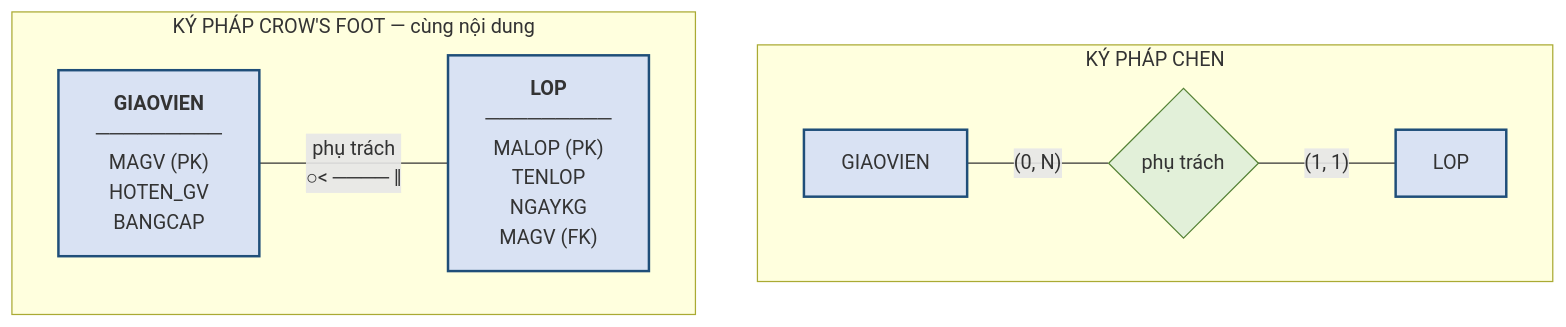
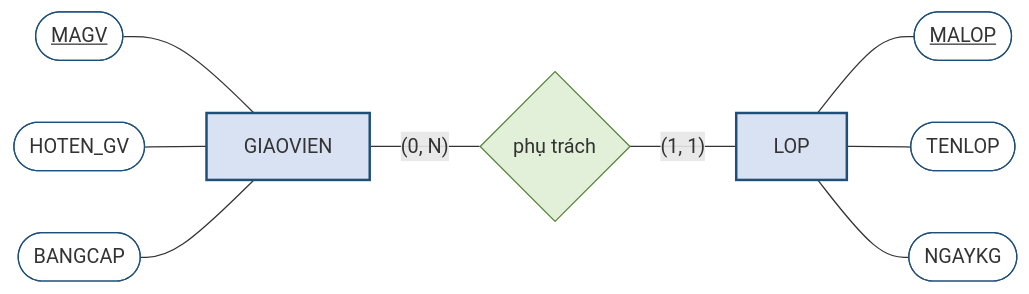
Before and after one commit to CuongNguyenDAU/csdl-dbs201: the second of 4 diagrams in docs/chuong-2/2-8-quy-trinh-xay-dung-luoc-do-er-va-cac-ky-phap.md, drawn with Mermaid. The commit also changed other lines of this file and 98 other files, not shown here.

````diff
--- a/docs/chuong-2/2-8-quy-trinh-xay-dung-luoc-do-er-va-cac-ky-phap.md
+++ b/docs/chuong-2/2-8-quy-trinh-xay-dung-luoc-do-er-va-cac-ky-phap.md
@@ -60,17 +60,20 @@
 ```mermaid
-flowchart TB
-    subgraph C["KÝ PHÁP CHEN"]
-        GV["GIAOVIEN"] ---|"(0, N)"| RR{"phụ trách"}
-        RR ---|"(1, 1)"| LL["LOP"]
-    end
-    subgraph F["KÝ PHÁP CROW'S FOOT — cùng nội dung"]
-        G2["<b>GIAOVIEN</b><br/>─────────<br/>MAGV (PK)<br/>HOTEN_GV<br/>BANGCAP"]
-        L2["<b>LOP</b><br/>─────────<br/>MALOP (PK)<br/>TENLOP<br/>NGAYKG<br/>MAGV (FK)"]
-        G2 ---|"phụ trách<br/>○&lt;  ────  ‖"| L2
-    end
+flowchart LR
+    K1(["<u>MAGV</u>"]) --- GV["GIAOVIEN"]
+    A1(["HOTEN_GV"]) --- GV
+    A2(["BANGCAP"]) --- GV
+    GV ---|"(0, N)"| RR{"phụ trách"}
+    RR ---|"(1, 1)"| LL["LOP"]
+    LL --- K2(["<u>MALOP</u>"])
+    LL --- B1(["TENLOP"])
+    LL --- B2(["NGAYKG"])
     style GV fill:#D9E2F3,stroke:#1F4E79,stroke-width:2px
     style LL fill:#D9E2F3,stroke:#1F4E79,stroke-width:2px
     style RR fill:#E2F0D9,stroke:#548235
-    style G2 fill:#D9E2F3,stroke:#1F4E79,stroke-width:2px
-    style L2 fill:#D9E2F3,stroke:#1F4E79,stroke-width:2px
+    style K1 fill:#fff,stroke:#1F4E79
+    style K2 fill:#fff,stroke:#1F4E79
+    style A1 fill:#fff,stroke:#1F4E79
+    style A2 fill:#fff,stroke:#1F4E79
+    style B1 fill:#fff,stroke:#1F4E79
+    style B2 fill:#fff,stroke:#1F4E79
 ```
````
